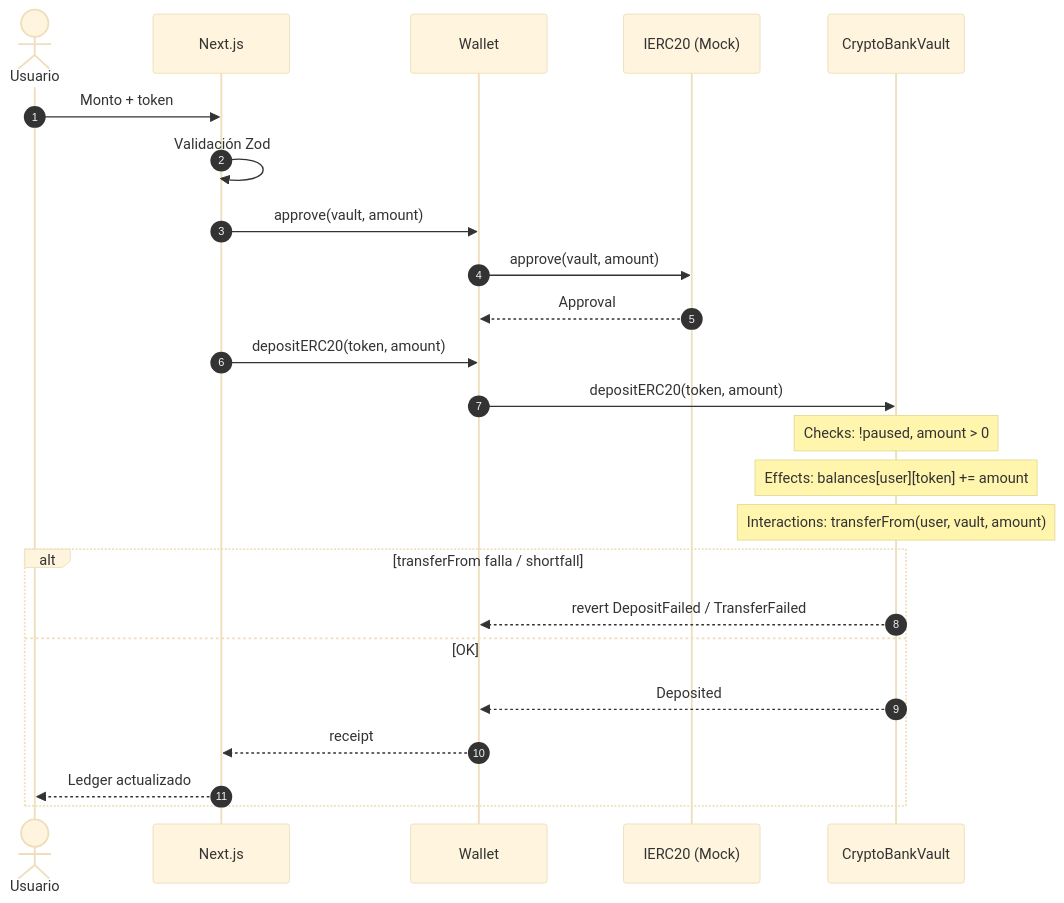
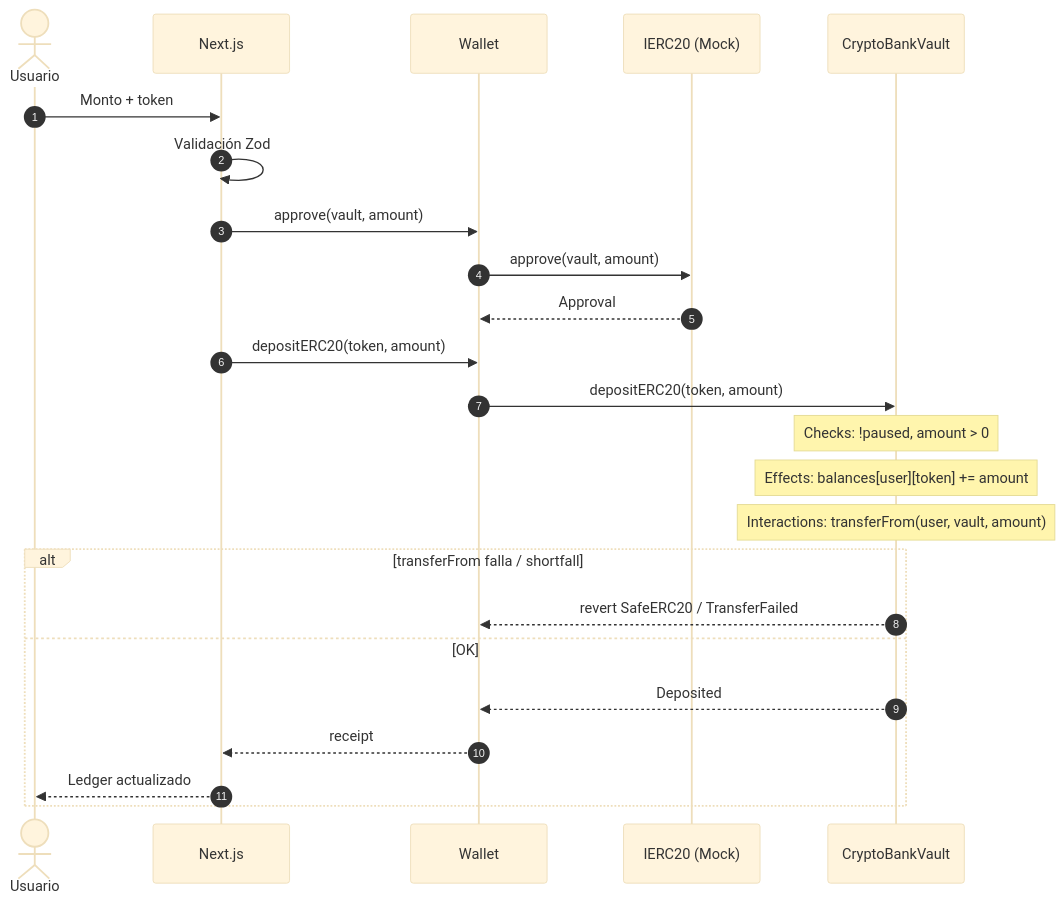
Before and after one commit to rastrahm/crypto-bank: the third of 6 diagrams in doc/02-diagrama-flujo.md, drawn with Mermaid (base theme). The commit also changed 67 other files, not shown here.

````diff
--- a/doc/02-diagrama-flujo.md
+++ b/doc/02-diagrama-flujo.md
@@ -68,27 +68,27 @@
 ```mermaid
 sequenceDiagram
     autonumber
     actor U as Usuario
     participant UI as Next.js
     participant W as Wallet
     participant T as IERC20 (Mock)
     participant V as CryptoBankVault
 
     U->>UI: Monto + token
     UI->>UI: Validación Zod
     UI->>W: approve(vault, amount)
     W->>T: approve(vault, amount)
     T-->>W: Approval
     UI->>W: depositERC20(token, amount)
     W->>V: depositERC20(token, amount)
     Note over V: Checks: !paused, amount > 0
     Note over V: Effects: balances[user][token] += amount
     Note over V: Interactions: transferFrom(user, vault, amount)
     alt transferFrom falla / shortfall
-        V-->>W: revert DepositFailed / TransferFailed
+        V-->>W: revert SafeERC20 / TransferFailed
     else OK
         V-->>W: Deposited
         W-->>UI: receipt
         UI-->>U: Ledger actualizado
     end
 ```
````
